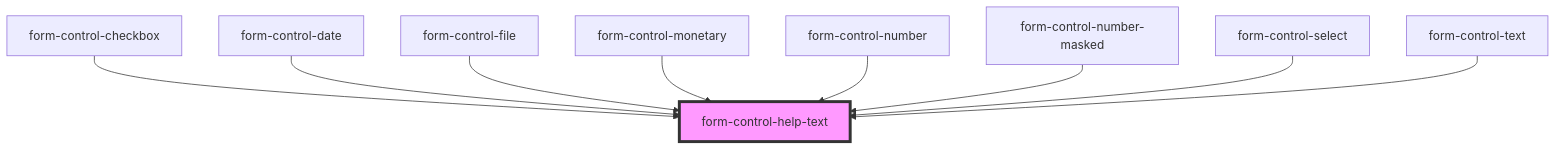
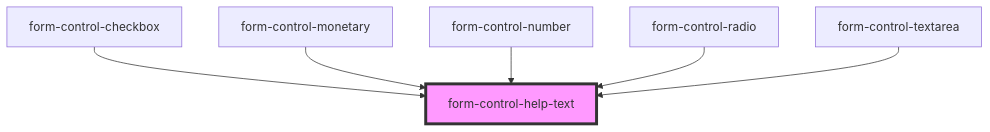
Before and after one commit to justifi-tech/web-component-library: the diagram in packages/webcomponents/src/ui-components/form/form-helpers/form-control-help-text/readme.md, drawn with Mermaid. The commit also changed other lines of this file and 8 other files, not shown here.

````diff
--- a/packages/webcomponents/src/ui-components/form/form-helpers/form-control-help-text/readme.md
+++ b/packages/webcomponents/src/ui-components/form/form-helpers/form-control-help-text/readme.md
@@ -30,12 +27,9 @@
 ```mermaid
 graph TD;
   form-control-checkbox --> form-control-help-text
-  form-control-date --> form-control-help-text
-  form-control-file --> form-control-help-text
   form-control-monetary --> form-control-help-text
   form-control-number --> form-control-help-text
-  form-control-number-masked --> form-control-help-text
-  form-control-select --> form-control-help-text
-  form-control-text --> form-control-help-text
+  form-control-radio --> form-control-help-text
+  form-control-textarea --> form-control-help-text
   style form-control-help-text fill:#f9f,stroke:#333,stroke-width:4px
 ```
````
